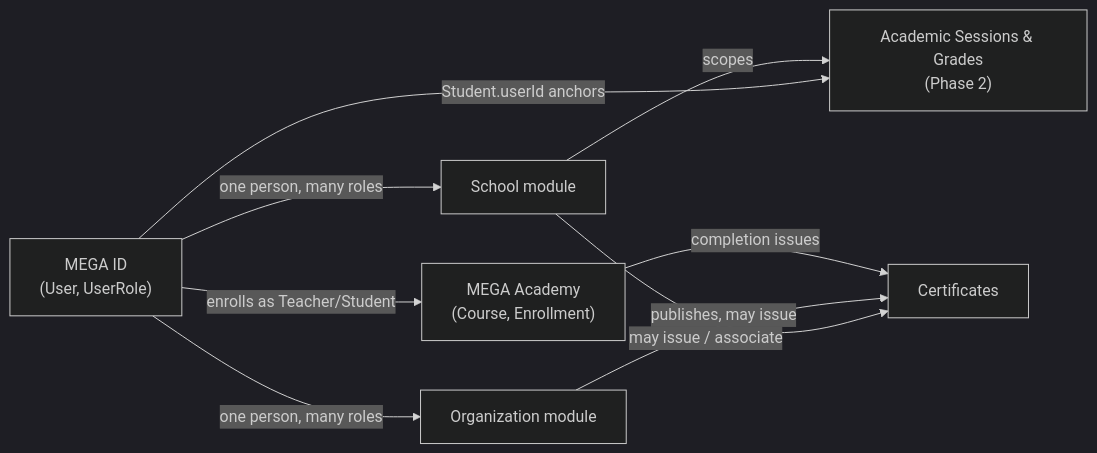
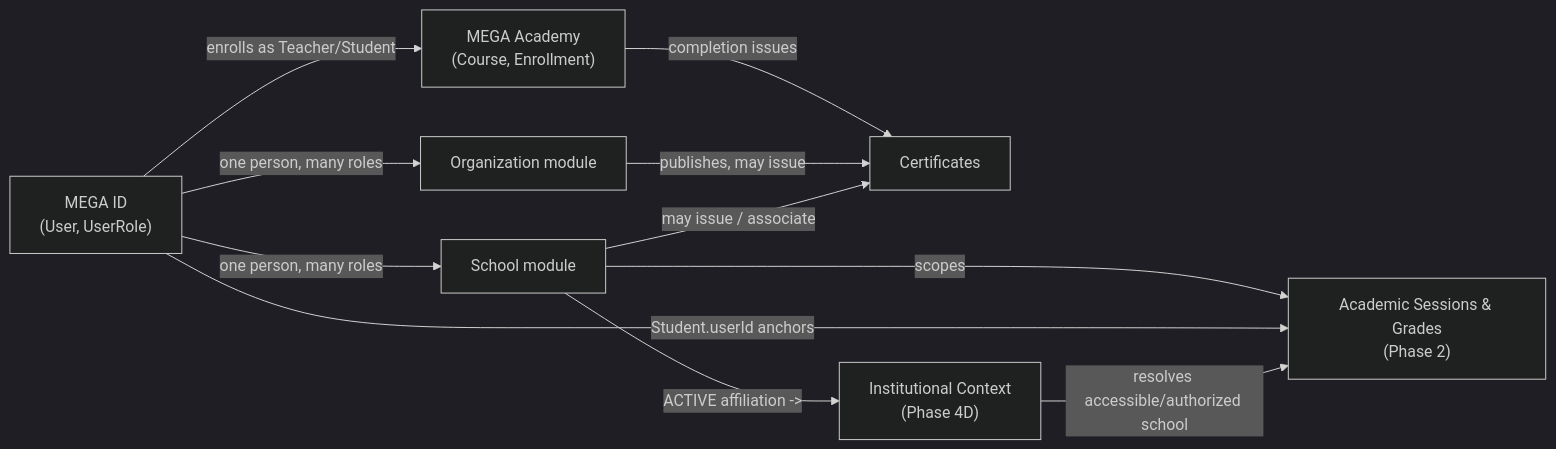
Before and after one commit to adhikariminraj/megaedu-app: the second of 2 diagrams in docs/ARCHITECTURE.md, drawn with Mermaid (dark theme). The commit also changed other lines of this file and 9 other files, not shown here.

````diff
--- a/docs/ARCHITECTURE.md
+++ b/docs/ARCHITECTURE.md
@@ -92,18 +100,21 @@
 ```mermaid
 flowchart LR
     MEGAID["MEGA ID<br/>(User, UserRole)"]
     School["School module"]
     Org["Organization module"]
     Academy["MEGA Academy<br/>(Course, Enrollment)"]
     Cert["Certificates"]
     Grades["Academic Sessions & Grades<br/>(Phase 2)"]
+    IC["Institutional Context<br/>(Phase 4D)"]
 
     MEGAID -->|"one person, many roles"| School
     MEGAID -->|"one person, many roles"| Org
     MEGAID -->|"enrolls as Teacher/Student"| Academy
     Academy -->|"completion issues"| Cert
     School -->|"scopes"| Grades
     MEGAID -->|"Student.userId anchors"| Grades
     Org -->|"publishes, may issue"| Cert
     School -->|"may issue / associate"| Cert
+    School -->|"ACTIVE affiliation ->"| IC
+    IC -->|"resolves accessible/authorized school"| Grades
 ```
````
